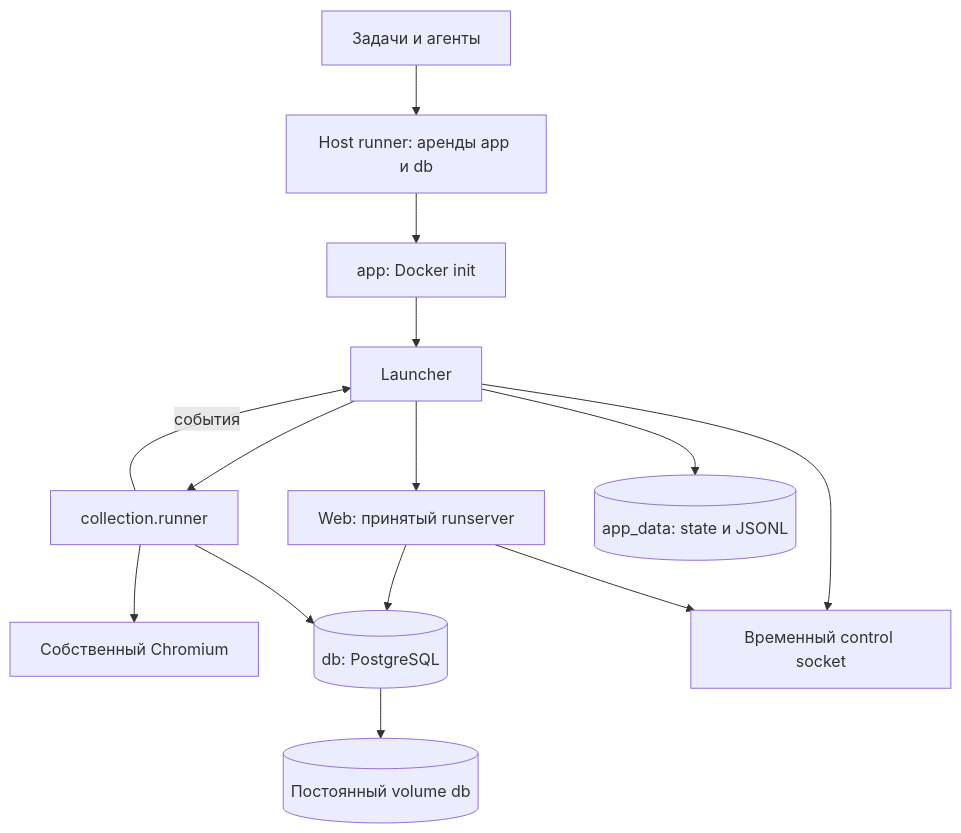
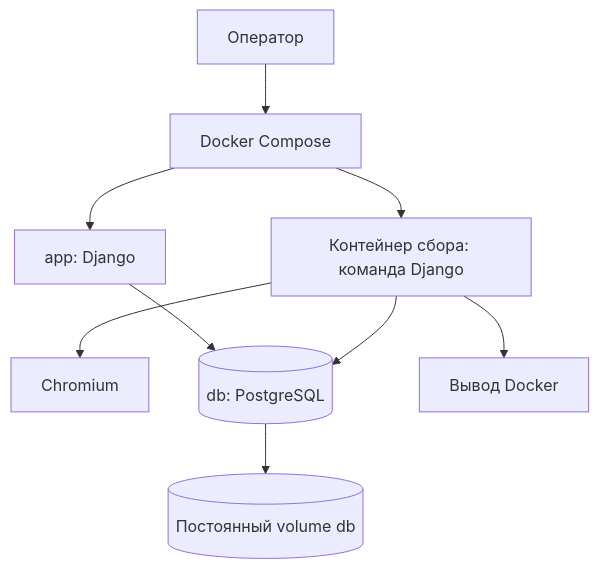
Before and after one commit to ozcnii/nir: the fifth of 5 diagrams in bachelor-thesis/CONSOLIDATED-DESIGN-9.md, drawn with Mermaid. The commit also changed other lines of this file and 155 other files, not shown here.

````diff
--- a/bachelor-thesis/CONSOLIDATED-DESIGN-9.md
+++ b/bachelor-thesis/CONSOLIDATED-DESIGN-9.md
@@ -195,16 +194,11 @@
 ```mermaid
 flowchart TB
-    Task[Задачи и агенты] --> Host[Host runner: аренды app и db]
-    Host --> Init[app: Docker init]
-    Init --> Launcher[Launcher]
-    Launcher --> Web[Web: принятый runserver]
-    Launcher --> Run[collection.runner]
-    Run --> Browser[Собственный Chromium]
-    Run -->|события| Launcher
+    Operator[Оператор] --> Compose[Docker Compose]
+    Compose --> Web[app: Django]
+    Compose --> Run[Контейнер сбора: команда Django]
+    Run --> Browser[Chromium]
     Web --> DB[(db: PostgreSQL)]
     Run --> DB
-    Launcher --> Data[(app_data: state и JSONL)]
-    Launcher --> Socket[Временный control socket]
-    Web --> Socket
+    Run --> Logs[Вывод Docker]
     DB --> DBData[(Постоянный volume db)]
 ```
````
